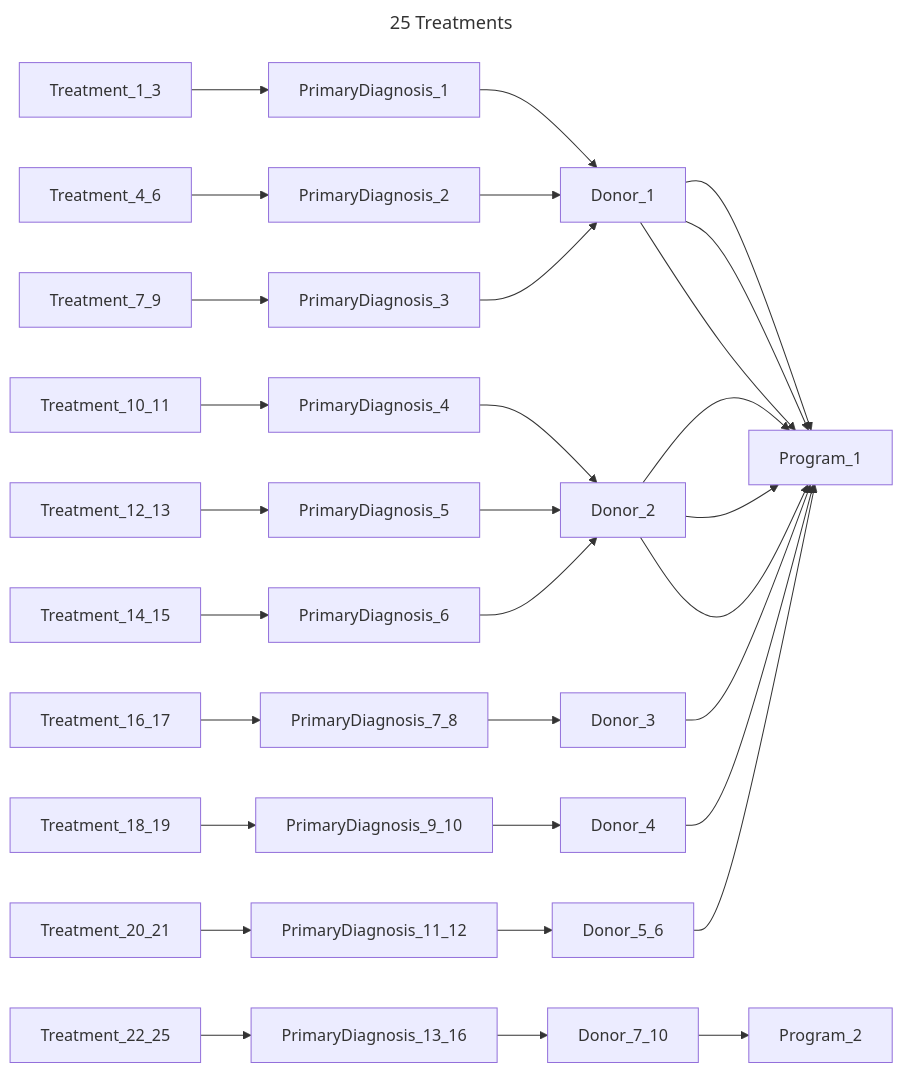
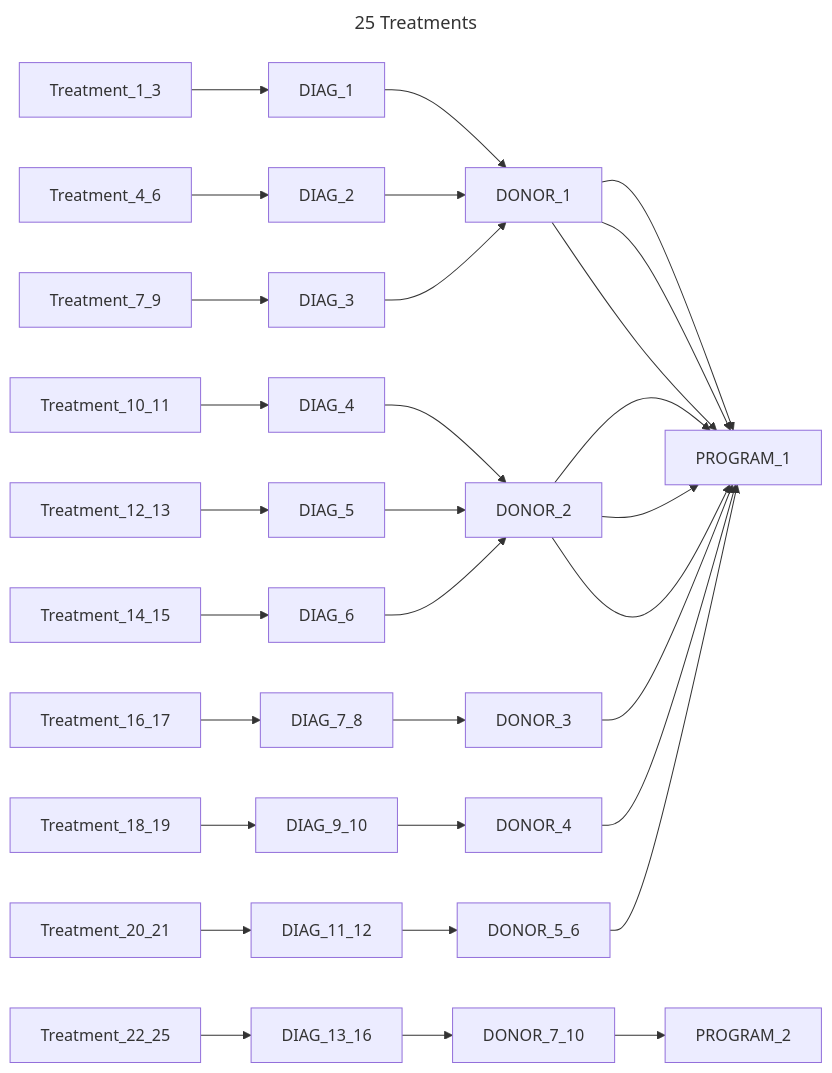
One commit to CanDIG/katsu changed the fifth of 14 diagrams in chord_metadata_service/mohpackets/data/small_dataset/README.md. Above: the diagram before and after it, drawn with Mermaid. The commit also changed other lines of this file and 2 other files, not shown here.

Commit message:
check mermaid diagrams

````diff
--- a/chord_metadata_service/mohpackets/data/small_dataset/README.md
+++ b/chord_metadata_service/mohpackets/data/small_dataset/README.md
@@ -85,16 +93,16 @@
 ```mermaid
 ---
 title: 25 Treatments
 ---
 graph LR;  
-  Treatment_1_3 --> PrimaryDiagnosis_1 --> Donor_1 --> Program_1;  
-  Treatment_4_6 --> PrimaryDiagnosis_2 --> Donor_1 --> Program_1;  
-  Treatment_7_9 --> PrimaryDiagnosis_3 --> Donor_1 --> Program_1;  
-  Treatment_10_11 --> PrimaryDiagnosis_4 --> Donor_2 --> Program_1;  
-  Treatment_12_13 --> PrimaryDiagnosis_5 --> Donor_2 --> Program_1;  
-  Treatment_14_15 --> PrimaryDiagnosis_6 --> Donor_2 --> Program_1; 
-  Treatment_16_17 --> PrimaryDiagnosis_7_8 --> Donor_3 --> Program_1;  
-  Treatment_18_19 --> PrimaryDiagnosis_9_10 --> Donor_4 --> Program_1;  
-  Treatment_20_21 --> PrimaryDiagnosis_11_12 --> Donor_5_6 --> Program_1;  
-  Treatment_22_25 --> PrimaryDiagnosis_13_16 --> Donor_7_10 --> Program_2;
+  Treatment_1_3 --> DIAG_1 --> DONOR_1 --> PROGRAM_1;  
+  Treatment_4_6 --> DIAG_2 --> DONOR_1 --> PROGRAM_1;  
+  Treatment_7_9 --> DIAG_3 --> DONOR_1 --> PROGRAM_1;  
+  Treatment_10_11 --> DIAG_4 --> DONOR_2 --> PROGRAM_1;  
+  Treatment_12_13 --> DIAG_5 --> DONOR_2 --> PROGRAM_1;  
+  Treatment_14_15 --> DIAG_6 --> DONOR_2 --> PROGRAM_1; 
+  Treatment_16_17 --> DIAG_7_8 --> DONOR_3 --> PROGRAM_1;  
+  Treatment_18_19 --> DIAG_9_10 --> DONOR_4 --> PROGRAM_1;  
+  Treatment_20_21 --> DIAG_11_12 --> DONOR_5_6 --> PROGRAM_1;  
+  Treatment_22_25 --> DIAG_13_16 --> DONOR_7_10 --> PROGRAM_2;
 ```
````
